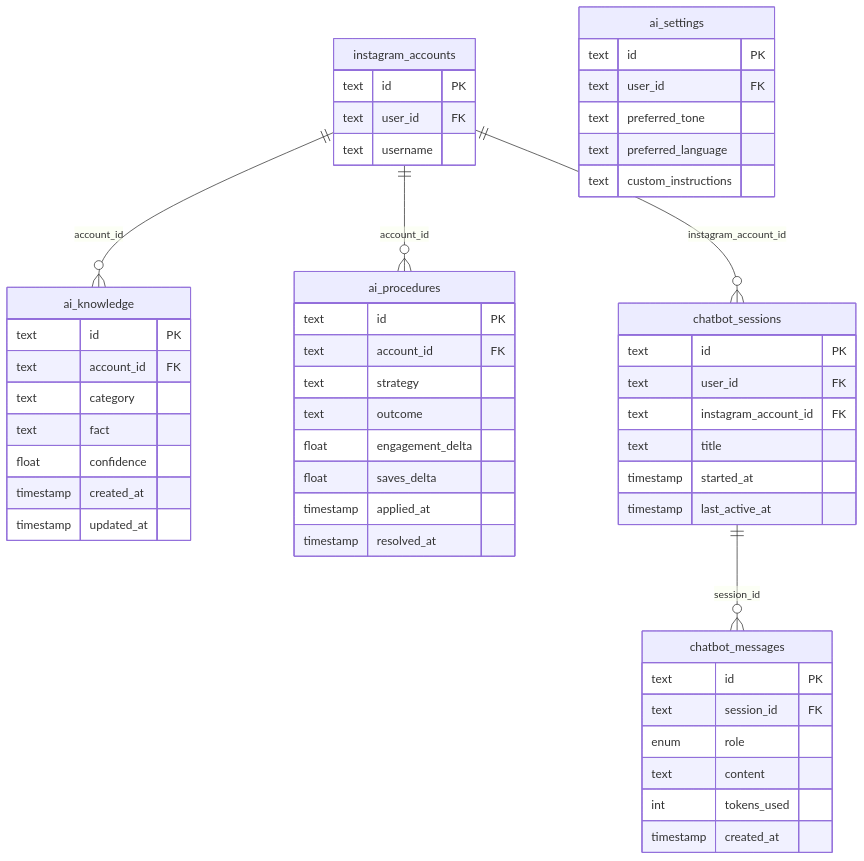
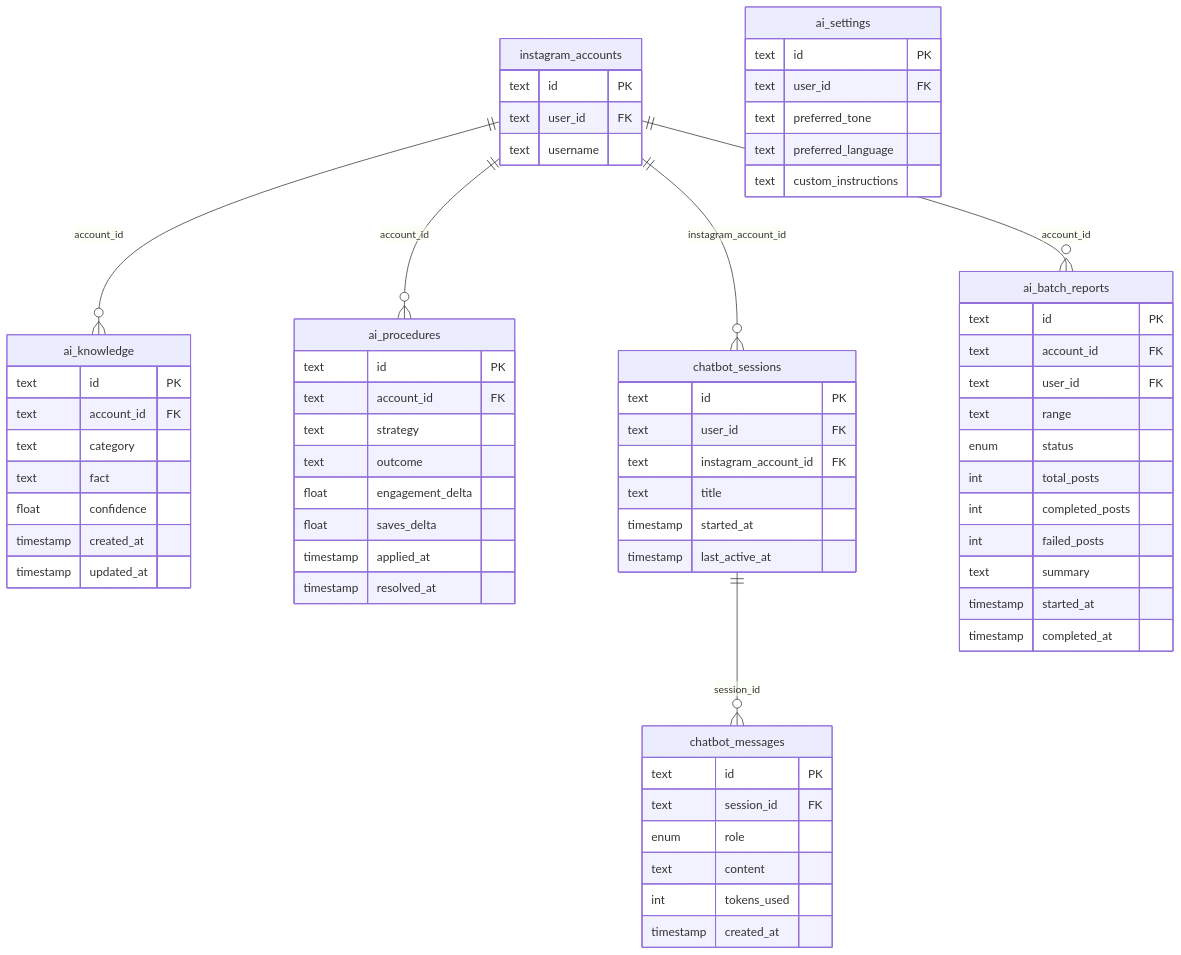
One commit to toastygoat1/social-manager-app changed the eighth of 8 diagrams in docs/ai-module.md. Above: the diagram before and after it, drawn with Mermaid. The commit also changed other lines of this file and 20 other files, not shown here.

````diff
--- a/docs/ai-module.md
+++ b/docs/ai-module.md
@@ -596,55 +746,70 @@
 ```mermaid
 erDiagram
     instagram_accounts {
         text id PK
         text user_id FK
         text username
     }
     ai_knowledge {
         text id PK
         text account_id FK
         text category
         text fact
         float confidence
         timestamp created_at
         timestamp updated_at
     }
     ai_procedures {
         text id PK
         text account_id FK
         text strategy
         text outcome
         float engagement_delta
         float saves_delta
         timestamp applied_at
         timestamp resolved_at
     }
     chatbot_sessions {
         text id PK
         text user_id FK
         text instagram_account_id FK
         text title
         timestamp started_at
         timestamp last_active_at
     }
     chatbot_messages {
         text id PK
         text session_id FK
         enum role
         text content
         int tokens_used
         timestamp created_at
     }
     ai_settings {
         text id PK
         text user_id FK
         text preferred_tone
         text preferred_language
         text custom_instructions
     }
 
+    ai_batch_reports {
+        text id PK
+        text account_id FK
+        text user_id FK
+        text range
+        enum status
+        int total_posts
+        int completed_posts
+        int failed_posts
+        text summary
+        timestamp started_at
+        timestamp completed_at
+    }
+
     instagram_accounts ||--o{ ai_knowledge : "account_id"
     instagram_accounts ||--o{ ai_procedures : "account_id"
     instagram_accounts ||--o{ chatbot_sessions : "instagram_account_id"
+    instagram_accounts ||--o{ ai_batch_reports : "account_id"
     chatbot_sessions ||--o{ chatbot_messages : "session_id"
 ```
````
